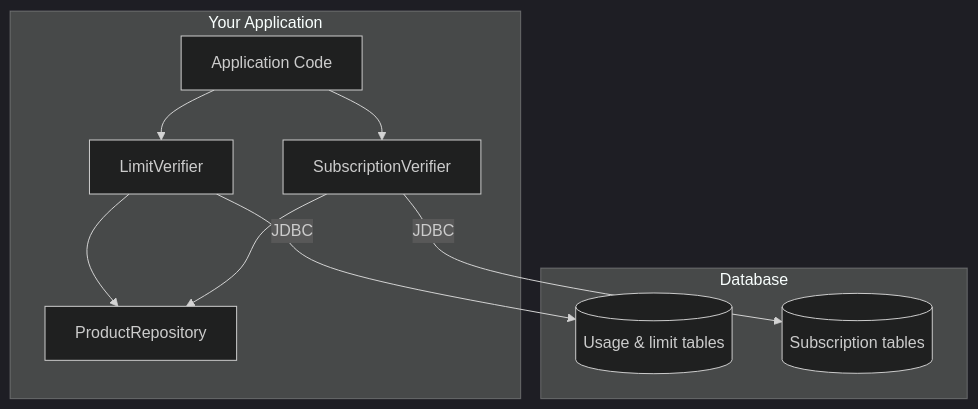
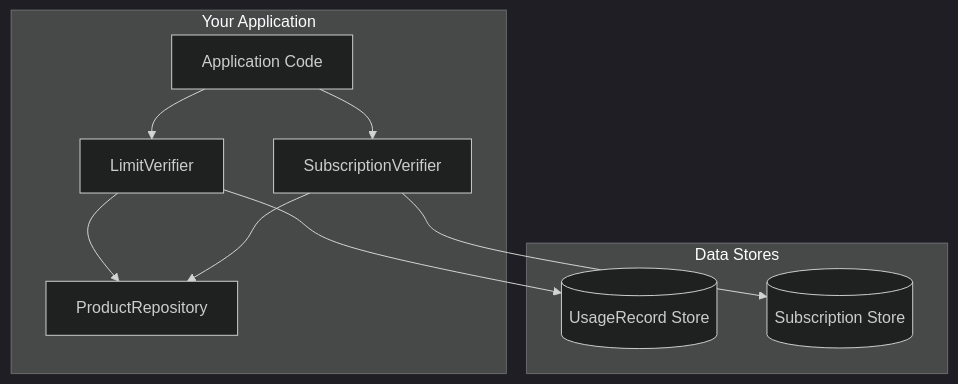
The first of 4 diagrams in docs/local-vs-remote-modes.md (terpomo-io/pmitz), drawn with Mermaid (dark theme) before and after one commit. The commit also changed other lines of this file, not shown here.

````diff
--- a/docs/local-vs-remote-modes.md
+++ b/docs/local-vs-remote-modes.md
@@ -18,21 +20,21 @@
 ```mermaid
 flowchart TB
     subgraph Application["Your Application"]
         App[Application Code]
         LV[LimitVerifier]
         SV[SubscriptionVerifier]
         PR[ProductRepository]
     end
 
-    subgraph Database["Database"]
-        UD[("Usage & limit tables")]
-        SD[("Subscription tables")]
+    subgraph Stores["Data Stores"]
+        US[("UsageRecord Store")]
+        SS[("Subscription Store")]
     end
 
     App --> LV
     App --> SV
     LV --> PR
     SV --> PR
-    LV -->|JDBC| UD
-    SV -->|JDBC| SD
+    LV --> US
+    SV --> SS
 ```
````
